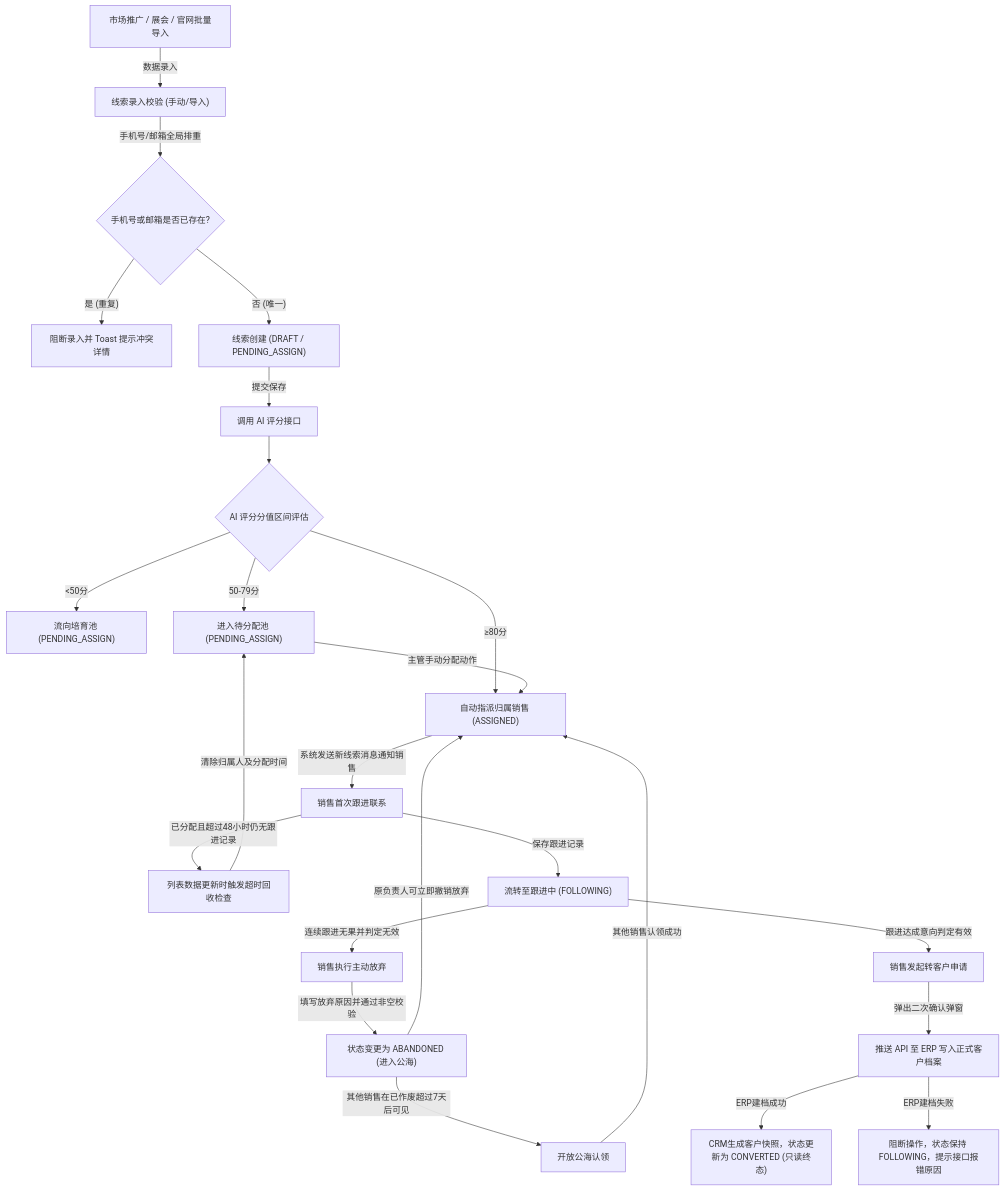
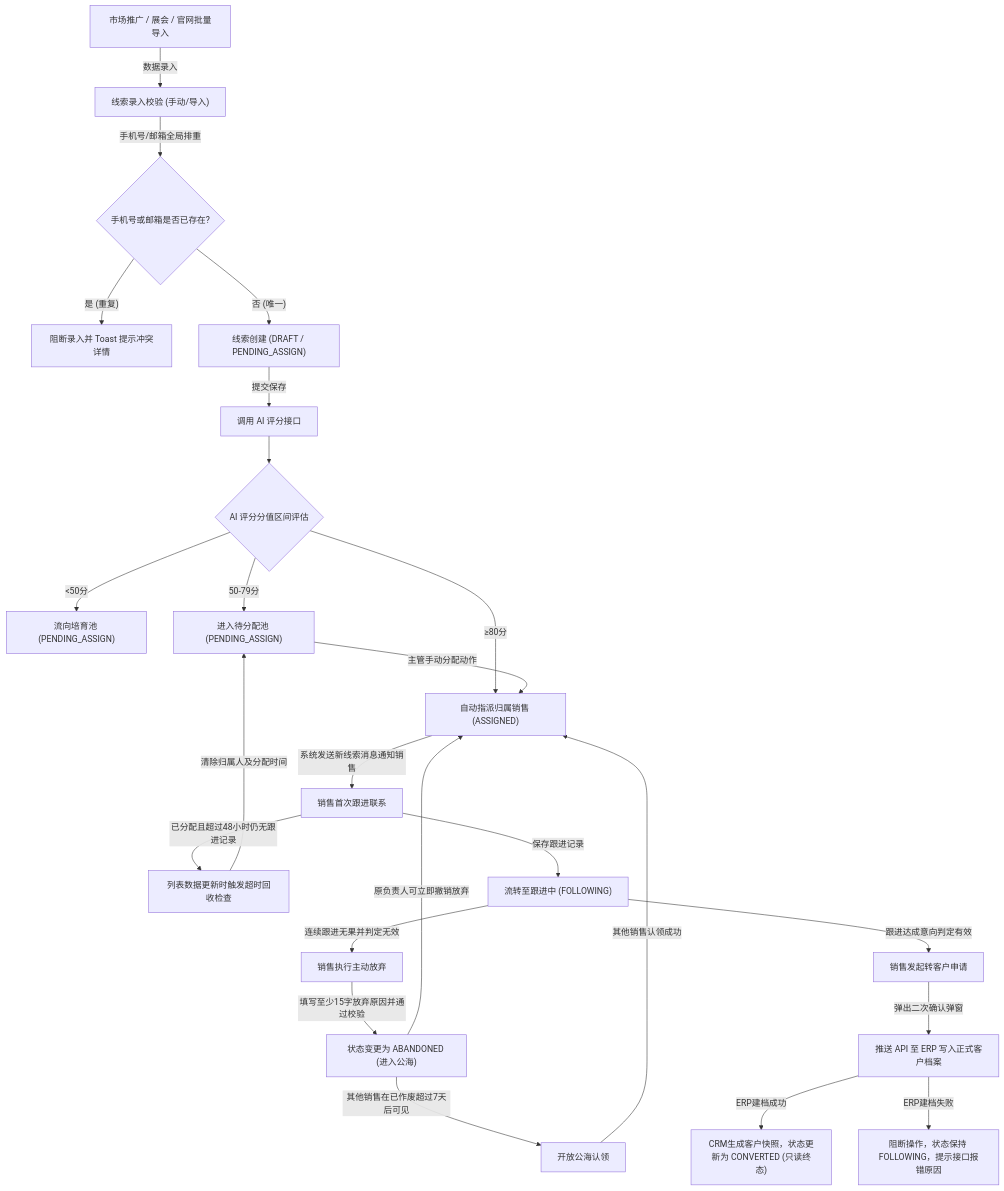
Before and after one commit to lophyJessica/forge-crm: the first of 2 diagrams in prd-docs/线索管理/线索主PRD.md, drawn with Mermaid. The commit also changed other lines of this file and 31 other files, not shown here.

````diff
--- a/prd-docs/线索管理/线索主PRD.md
+++ b/prd-docs/线索管理/线索主PRD.md
@@ -64,26 +65,26 @@
 ```mermaid
 flowchart TD
     A["市场推广 / 展会 / 官网批量导入"] -->|数据录入| B["线索录入校验 (手动/导入)"]
     B -->|手机号/邮箱全局排重| C{"手机号或邮箱是否已存在?"}
     C -->|"是 (重复)"| D["阻断录入并 Toast 提示冲突详情"]
     C -->|"否 (唯一)"| E["线索创建 (DRAFT / PENDING_ASSIGN)"]
     E -->|提交保存| F["调用 AI 评分接口"]
     F --> G{"AI 评分分值区间评估"}
     G -->|"<50分"| H["流向培育池 (PENDING_ASSIGN)"]
     G -->|"50-79分"| I["进入待分配池 (PENDING_ASSIGN)"]
     G -->|"≥80分"| J["自动指派归属销售 (ASSIGNED)"]
     I -->|主管手动分配动作| J
     J -->|系统发送新线索消息通知销售| K["销售首次跟进联系"]
     K -->|已分配且超过48小时仍无跟进记录| L["列表数据更新时触发超时回收检查"]
     L -->|清除归属人及分配时间| I
     K -->|保存跟进记录| M["流转至跟进中 (FOLLOWING)"]
     M -->|连续跟进无果并判定无效| N["销售执行主动放弃"]
-    N -->|填写放弃原因并通过非空校验| O["状态变更为 ABANDONED (进入公海)"]
+    N -->|填写至少15字放弃原因并通过校验| O["状态变更为 ABANDONED (进入公海)"]
     O -->|原负责人可立即撤销放弃| J
     O -->|其他销售在已作废超过7天后可见| P["开放公海认领"]
     P -->|其他销售认领成功| J
     M -->|跟进达成意向判定有效| R["销售发起转客户申请"]
     R -->|弹出二次确认弹窗| S["推送 API 至 ERP 写入正式客户档案"]
     S -->|ERP建档成功| T["CRM生成客户快照，状态更新为 CONVERTED (只读终态)"]
     S -->|ERP建档失败| U["阻断操作，状态保持 FOLLOWING，提示接口报错原因"]
 ```
````
